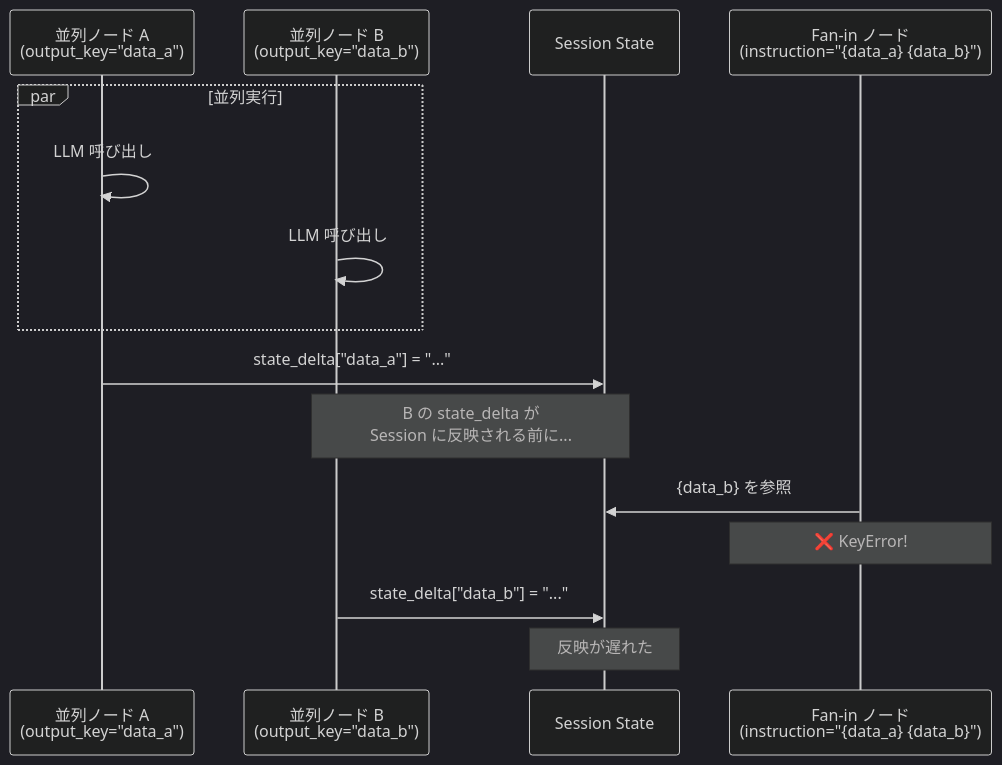
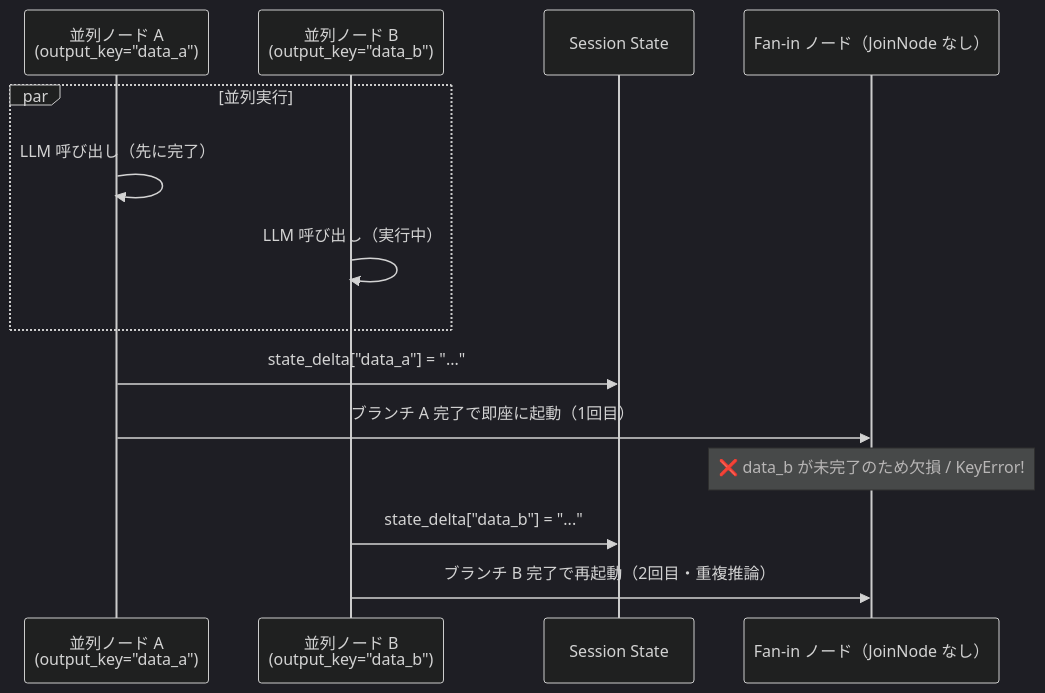
One commit to tyorikan/agent-design-patterns changed the eighth of 8 diagrams in docs/v1-to-v2-migration-guide.md. Above: the diagram before and after it, drawn with Mermaid (dark theme). The commit also changed other lines of this file and 15 other files, not shown here.

````diff
--- a/docs/v1-to-v2-migration-guide.md
+++ b/docs/v1-to-v2-migration-guide.md
@@ -424,18 +457,17 @@
 ```mermaid
 sequenceDiagram
     participant A as 並列ノード A<br/>(output_key="data_a")
     participant B as 並列ノード B<br/>(output_key="data_b")
     participant Session as Session State
-    participant FanIn as Fan-in ノード<br/>(instruction="{data_a} {data_b}")
+    participant FanIn as Fan-in ノード（JoinNode なし）
 
     par 並列実行
-        A->>A: LLM 呼び出し
-        B->>B: LLM 呼び出し
+        A->>A: LLM 呼び出し（先に完了）
+        B->>B: LLM 呼び出し（実行中）
     end
     A->>Session: state_delta["data_a"] = "..."
-    Note over B,Session: B の state_delta が<br/>Session に反映される前に...
-    FanIn->>Session: {data_b} を参照
-    Note over FanIn: ❌ KeyError!
+    A->>FanIn: ブランチ A 完了で即座に起動（1回目）
+    Note over FanIn: ❌ data_b が未完了のため欠損 / KeyError!
     B->>Session: state_delta["data_b"] = "..."
-    Note over Session: 反映が遅れた
+    B->>FanIn: ブランチ B 完了で再起動（2回目・重複推論）
 ```
````
